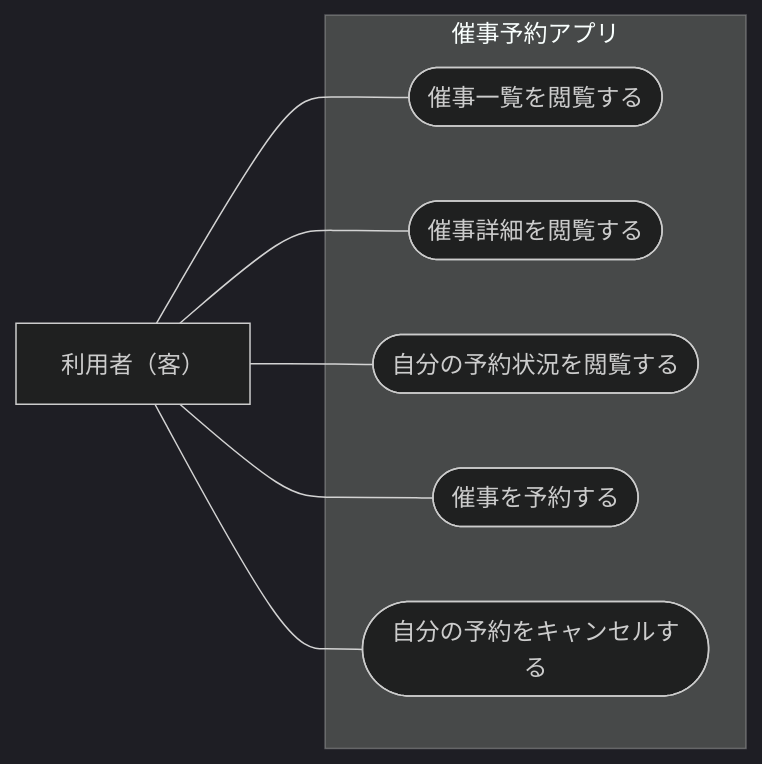
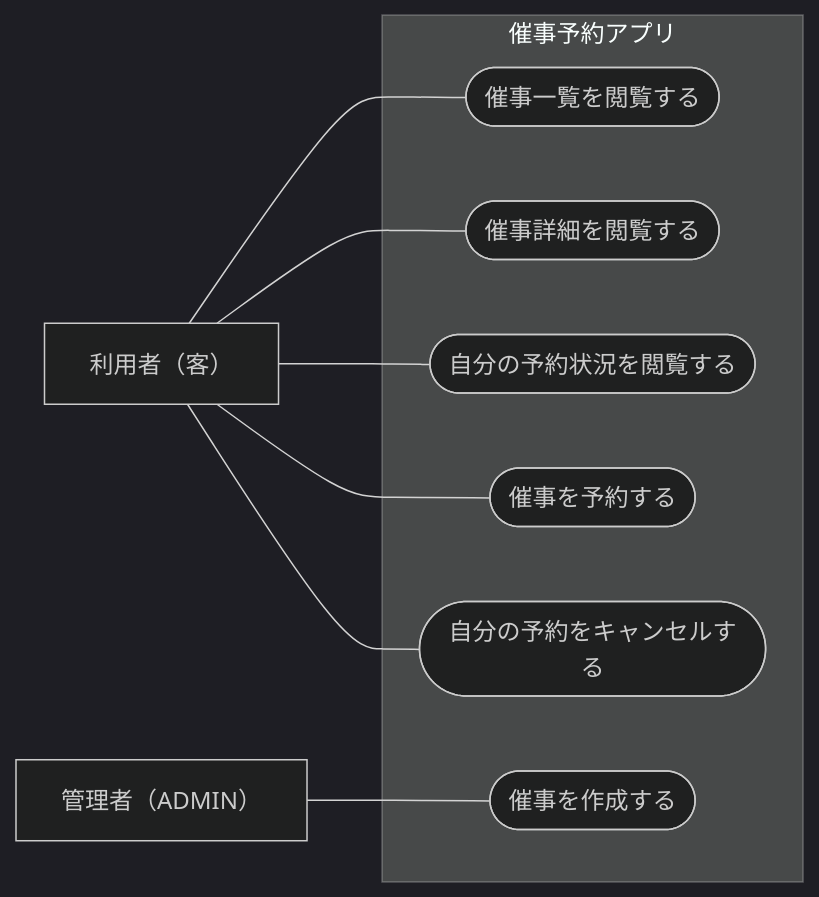
One commit to netakiryosuke/nextjs-ddd-sample changed the diagram in docs/usecase.md. Above: the diagram before and after it, drawn with Mermaid (dark theme). The commit also changed other lines of this file and 3 other files, not shown here.

````diff
--- a/docs/usecase.md
+++ b/docs/usecase.md
@@ -8,18 +8,21 @@
 ```mermaid
 flowchart LR
     customer["利用者（客）"]
+    admin["管理者（ADMIN）"]
 
     subgraph system["催事予約アプリ"]
         list(["催事一覧を閲覧する"])
         detail(["催事詳細を閲覧する"])
         reservation(["自分の予約状況を閲覧する"])
         reserve(["催事を予約する"])
         cancel(["自分の予約をキャンセルする"])
+        create(["催事を作成する"])
     end
 
     customer --- list
     customer --- detail
     customer --- reservation
     customer --- reserve
     customer --- cancel
+    admin --- create
 ```
````
